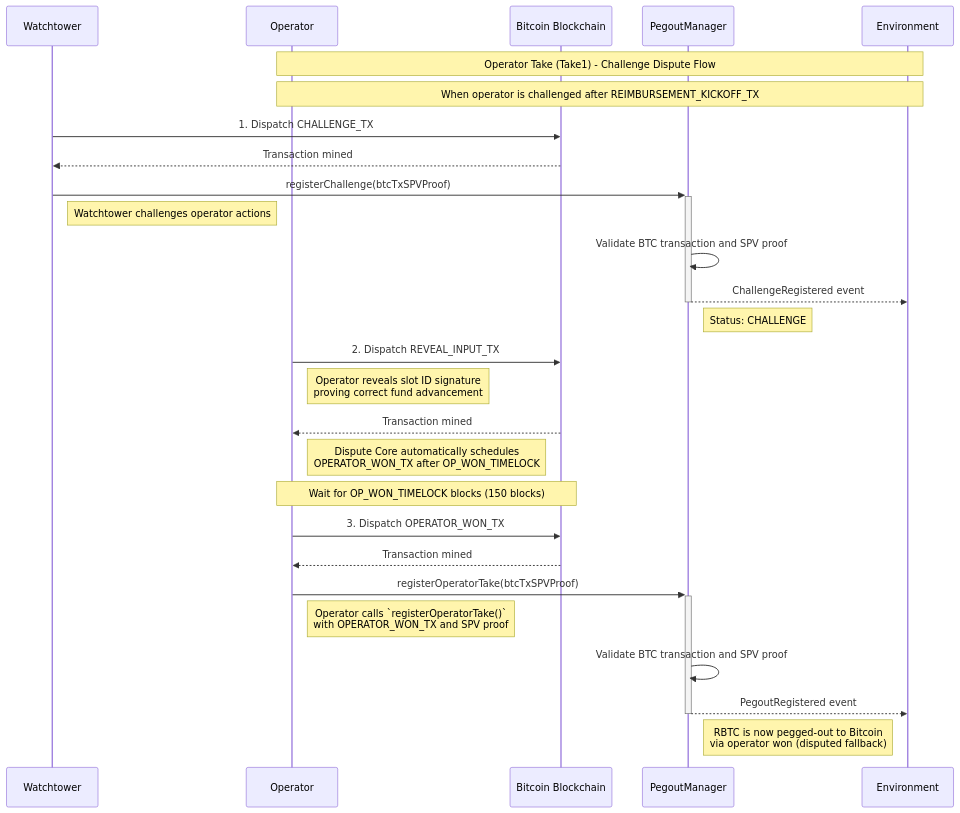
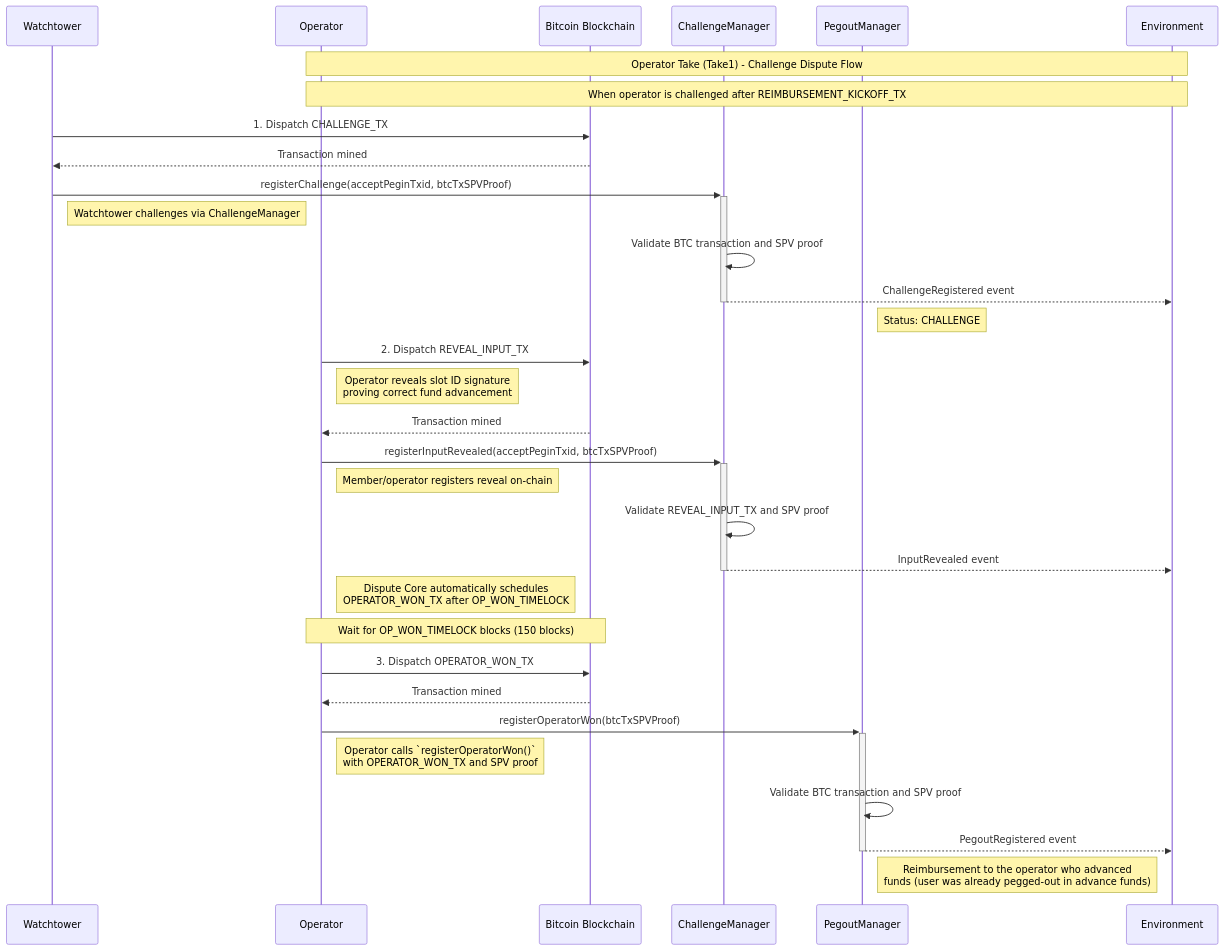
Before and after one commit to rsksmart/union-bridge-contracts: diagram 13 of 14 in docs/src/README.md, drawn with Mermaid. The commit also changed other lines of this file and 98 other files, not shown here.

````diff
--- a/docs/src/README.md
+++ b/docs/src/README.md
@@ -987,34 +1017,39 @@
 ```mermaid
 sequenceDiagram
     participant WT as Watchtower
     participant Op as Operator
     participant BTC as Bitcoin Blockchain
+    participant CM as ChallengeManager
     participant POM as PegoutManager
     participant ENV as Environment
 
     Note over Op,ENV: Operator Take (Take1) - Challenge Dispute Flow
     Note over Op,ENV: When operator is challenged after REIMBURSEMENT_KICKOFF_TX
 
     WT->>BTC: 1. Dispatch CHALLENGE_TX
     BTC-->>WT: Transaction mined
-    WT->>+POM: registerChallenge(btcTxSPVProof)
-    Note right of WT: Watchtower challenges operator actions
-    POM->>POM: Validate BTC transaction and SPV proof
-    POM-->>-ENV: ChallengeRegistered event
+    WT->>+CM: registerChallenge(acceptPeginTxid, btcTxSPVProof)
+    Note right of WT: Watchtower challenges via ChallengeManager
+    CM->>CM: Validate BTC transaction and SPV proof
+    CM-->>-ENV: ChallengeRegistered event
     Note right of POM: Status: CHALLENGE
 
     Op->>BTC: 2. Dispatch REVEAL_INPUT_TX
     Note right of Op: Operator reveals slot ID signature<br/>proving correct fund advancement
     BTC-->>Op: Transaction mined
+    Op->>+CM: registerInputRevealed(acceptPeginTxid, btcTxSPVProof)
+    Note right of Op: Member/operator registers reveal on-chain
+    CM->>CM: Validate REVEAL_INPUT_TX and SPV proof
+    CM-->>-ENV: InputRevealed event
     Note right of Op: Dispute Core automatically schedules<br/>OPERATOR_WON_TX after OP_WON_TIMELOCK
 
     Note over Op,BTC: Wait for OP_WON_TIMELOCK blocks (150 blocks)
 
     Op->>BTC: 3. Dispatch OPERATOR_WON_TX
     BTC-->>Op: Transaction mined
-    Op->>+POM: registerOperatorTake(btcTxSPVProof)
-    Note right of Op: Operator calls `registerOperatorTake()`<br/>with OPERATOR_WON_TX and SPV proof
+    Op->>+POM: registerOperatorWon(btcTxSPVProof)
+    Note right of Op: Operator calls `registerOperatorWon()`<br/>with OPERATOR_WON_TX and SPV proof
     POM->>POM: Validate BTC transaction and SPV proof
     POM-->>-ENV: PegoutRegistered event
-    Note right of POM: RBTC is now pegged-out to Bitcoin<br/>via operator won (disputed fallback)
+    Note right of POM: Reimbursement to the operator who advanced<br/>funds (user was already pegged-out in advance funds)
 ```
````
